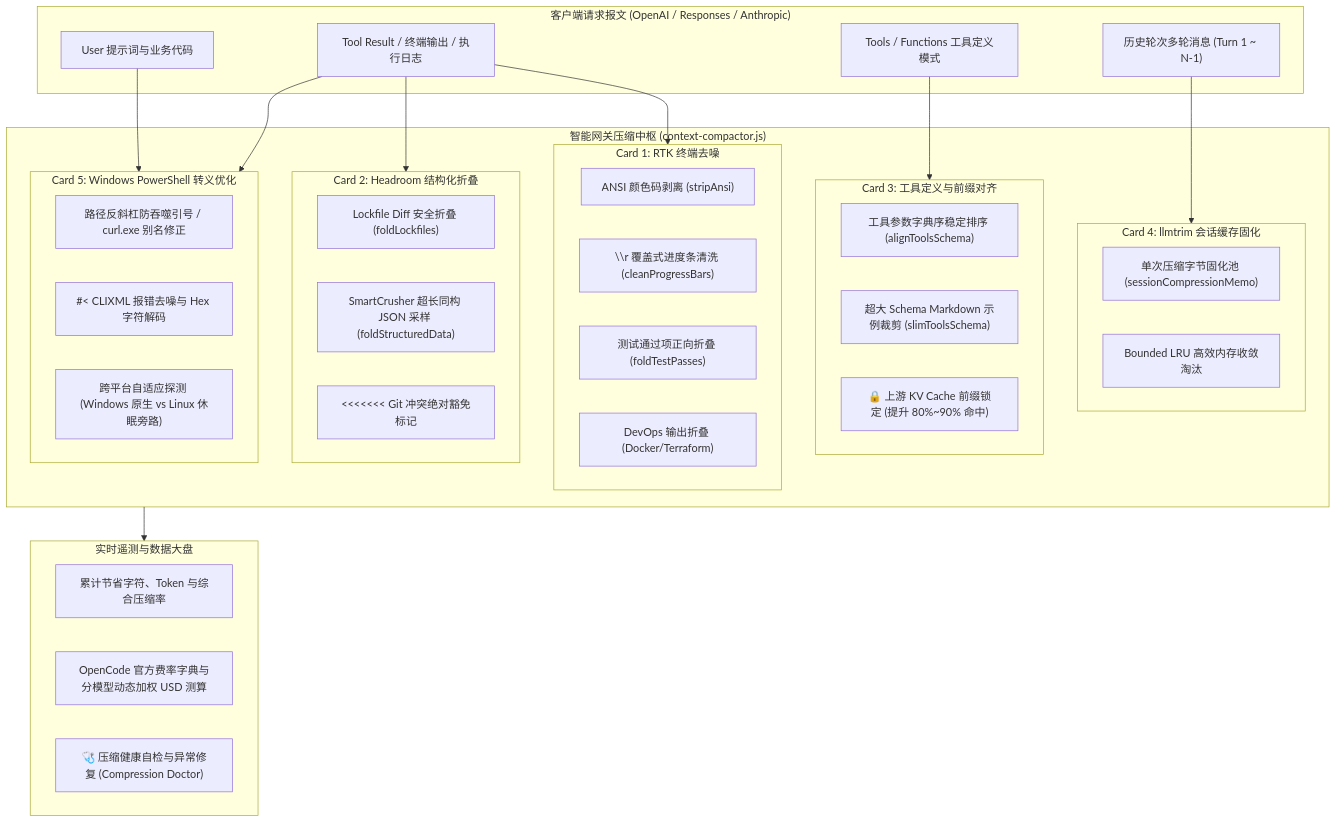
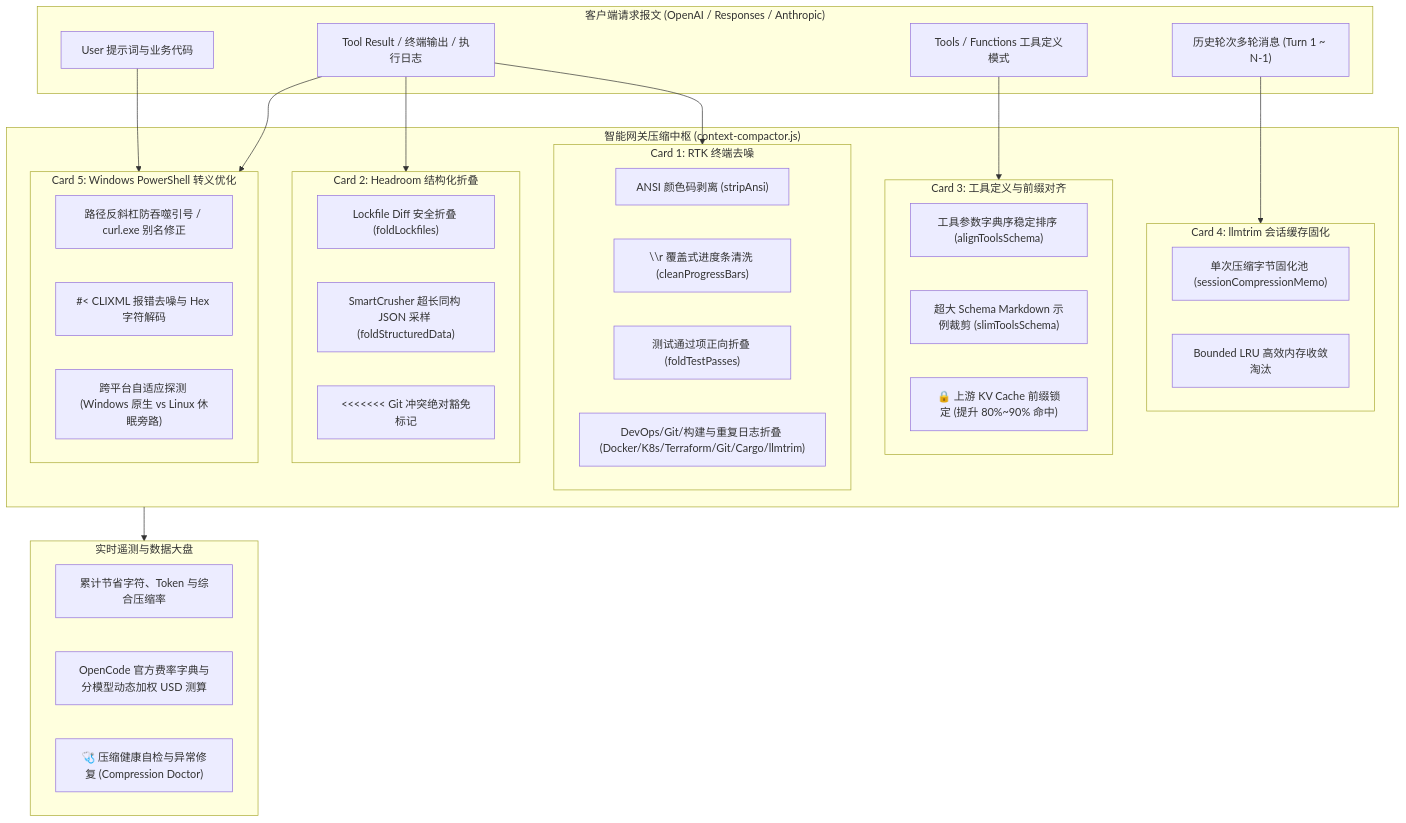
The diagram in docs/Context-Compression.md (deancyl/opencode-go-router), drawn with Mermaid before and after one commit. The commit also changed 18 other files, not shown here.

First line of the commit message:
feat: v3.11.0 架构升级、流式退化熔断防御与模型别名意图强隔离

````diff
--- a/docs/Context-Compression.md
+++ b/docs/Context-Compression.md
@@ -11,56 +11,56 @@
 ```mermaid
 flowchart TD
     subgraph RequestPayload["客户端请求报文 (OpenAI / Responses / Anthropic)"]
         UserMsg["User 提示词与业务代码"]
         ToolResult["Tool Result / 终端输出 / 执行日志"]
         ToolsDef["Tools / Functions 工具定义模式"]
         MultiTurn["历史轮次多轮消息 (Turn 1 ~ N-1)"]
     end
 
     subgraph CompactorCore["智能网关压缩中枢 (context-compactor.js)"]
         subgraph Card1["Card 1: RTK 终端去噪"]
             ANSI["ANSI 颜色码剥离 (stripAnsi)"]
             ProgBar["\\r 覆盖式进度条清洗 (cleanProgressBars)"]
             PassFold["测试通过项正向折叠 (foldTestPasses)"]
-            DevOps["DevOps 输出折叠 (Docker/Terraform)"]
+            DevOps["DevOps/Git/构建与重复日志折叠 (Docker/K8s/Terraform/Git/Cargo/llmtrim)"]
         end
 
         subgraph Card2["Card 2: Headroom 结构化折叠"]
             LockDiff["Lockfile Diff 安全折叠 (foldLockfiles)"]
             SmartCrush["SmartCrusher 超长同构 JSON 采样 (foldStructuredData)"]
             ConflictGuard["<<<<<<< Git 冲突绝对豁免标记"]
         end
 
         subgraph Card3["Card 3: 工具定义与前缀对齐"]
             AlignKey["工具参数字典序稳定排序 (alignToolsSchema)"]
             SlimSchema["超大 Schema Markdown 示例裁剪 (slimToolsSchema)"]
             CacheBanner["🔒 上游 KV Cache 前缀锁定 (提升 80%~90% 命中)"]
         end
 
         subgraph Card4["Card 4: llmtrim 会话缓存固化"]
             MemoCache["单次压缩字节固化池 (sessionCompressionMemo)"]
             TrueLRU["Bounded LRU 高效内存收敛淘汰"]
         end
 
         subgraph Card5["Card 5: Windows PowerShell 转义优化"]
             PSEscaping["路径反斜杠防吞噬引号 / curl.exe 别名修正"]
             CLIXML["#< CLIXML 报错去噪与 Hex 字符解码"]
             PlatformDetect["跨平台自适应探测 (Windows 原生 vs Linux 休眠旁路)"]
         end
     end
 
     subgraph Telemetry["实时遥测与数据大盘"]
         Metrics["累计节省字符、Token 与综合压缩率"]
         ByModel["OpenCode 官方费率字典与分模型动态加权 USD 测算"]
         CompDoctor["🩺 压缩健康自检与异常修复 (Compression Doctor)"]
     end
 
     UserMsg --> Card5
     ToolResult --> Card1
     ToolResult --> Card2
     ToolResult --> Card5
     ToolsDef --> Card3
     MultiTurn --> Card4
 
     CompactorCore --> Telemetry
 ```
````
